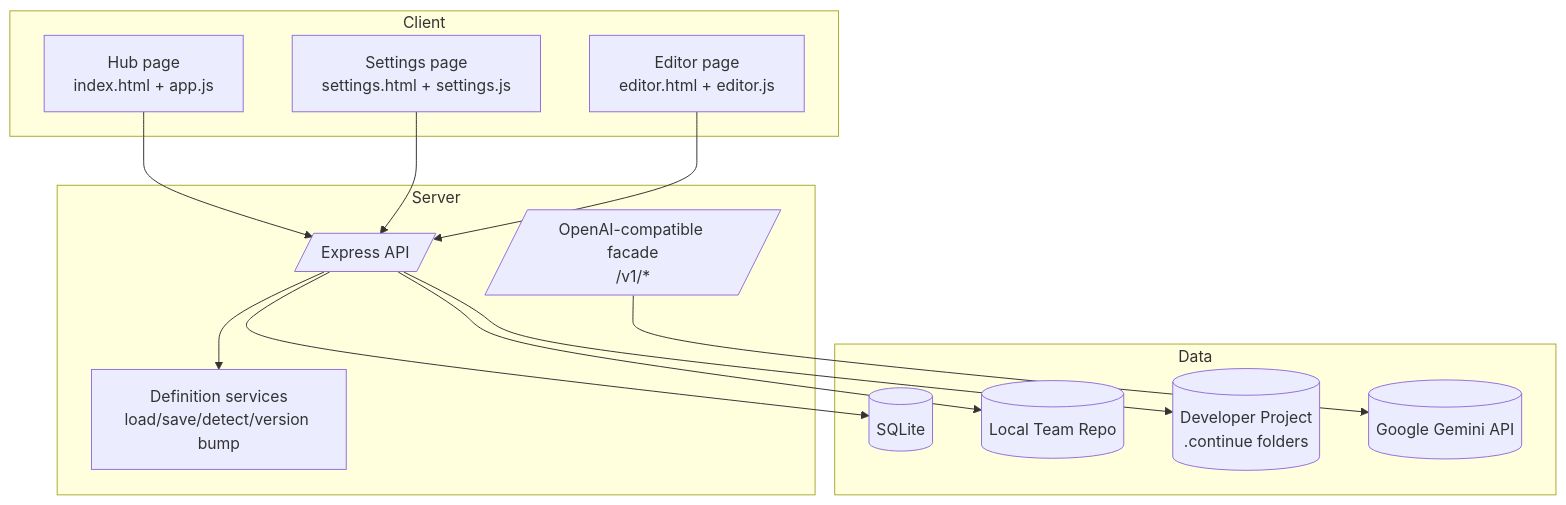
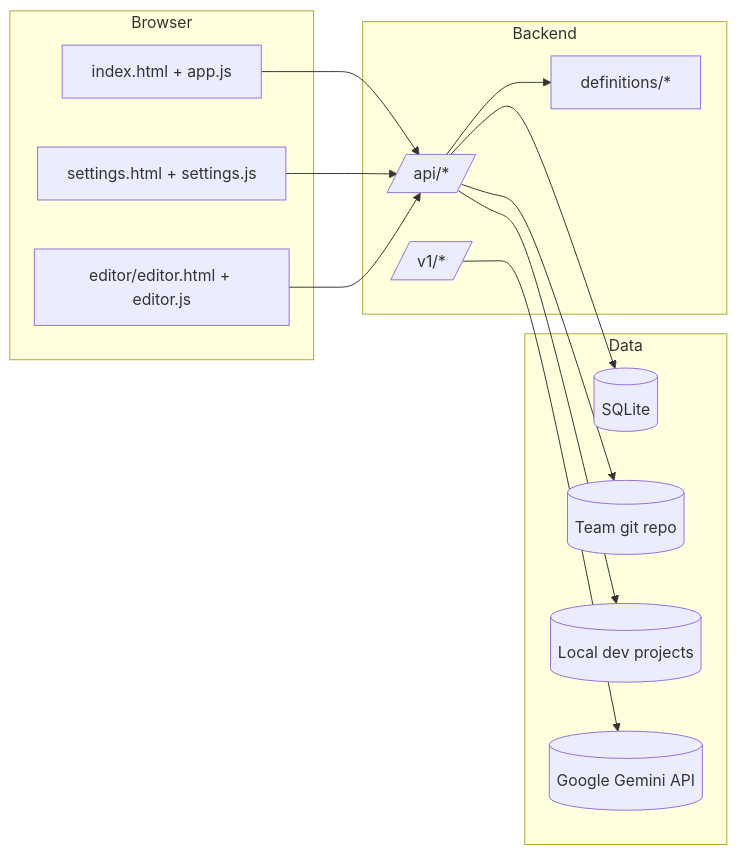
The diagram in docs/architecture.md (shaybc/dcc), drawn with Mermaid before and after one commit. The commit also changed other lines of this file and 4 other files, not shown here.

Commit message:
docs: refresh architecture, features, and usage guides

````diff
--- a/docs/architecture.md
+++ b/docs/architecture.md
@@ -12,30 +9,30 @@
 ```mermaid
-flowchart TB
-  subgraph Client
-    Hub[Hub page\nindex.html + app.js]
-    Settings[Settings page\nsettings.html + settings.js]
-    Editor[Editor page\neditor.html + editor.js]
+flowchart LR
+  subgraph Browser
+    Hub[index.html + app.js]
+    Settings[settings.html + settings.js]
+    Editor[editor/editor.html + editor.js]
   end
 
-  subgraph Server
-    API[/Express API/]
-    OpenAI[/OpenAI-compatible facade\n/v1/*/]
-    DefSvc[Definition services\nload/save/detect/version bump]
+  subgraph Backend
+    API[/api/*/]
+    V1[/v1/*/]
+    DefMods[definitions/*]
   end
 
   subgraph Data
     DB[(SQLite)]
-    Repo[(Local Team Repo)]
-    Dev[(Developer Project\n.continue folders)]
+    TeamRepo[(Team git repo)]
+    DevProjects[(Local dev projects)]
     Gemini[(Google Gemini API)]
   end
 
   Hub --> API
   Settings --> API
   Editor --> API
-  API --> DefSvc
+  API --> DefMods
   API --> DB
-  API --> Repo
-  API --> Dev
-  OpenAI --> Gemini
+  API --> TeamRepo
+  API --> DevProjects
+  V1 --> Gemini
 ```
````
